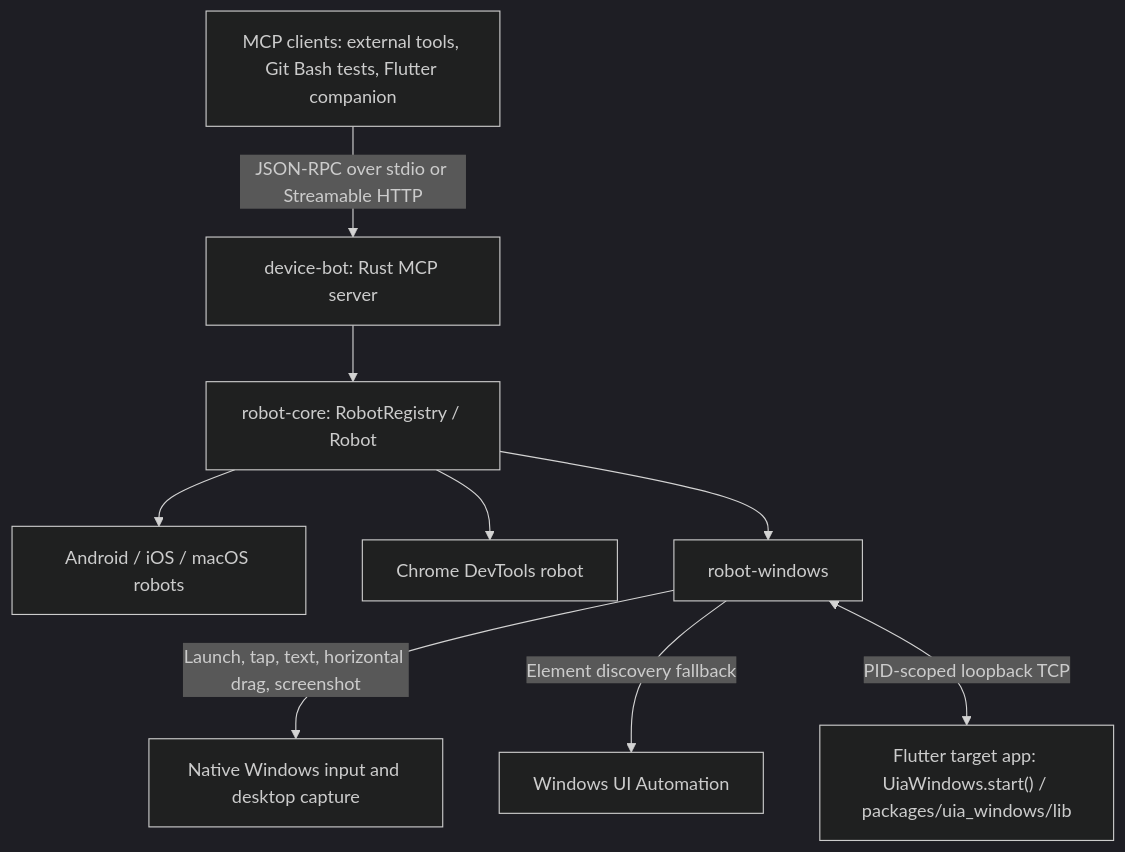
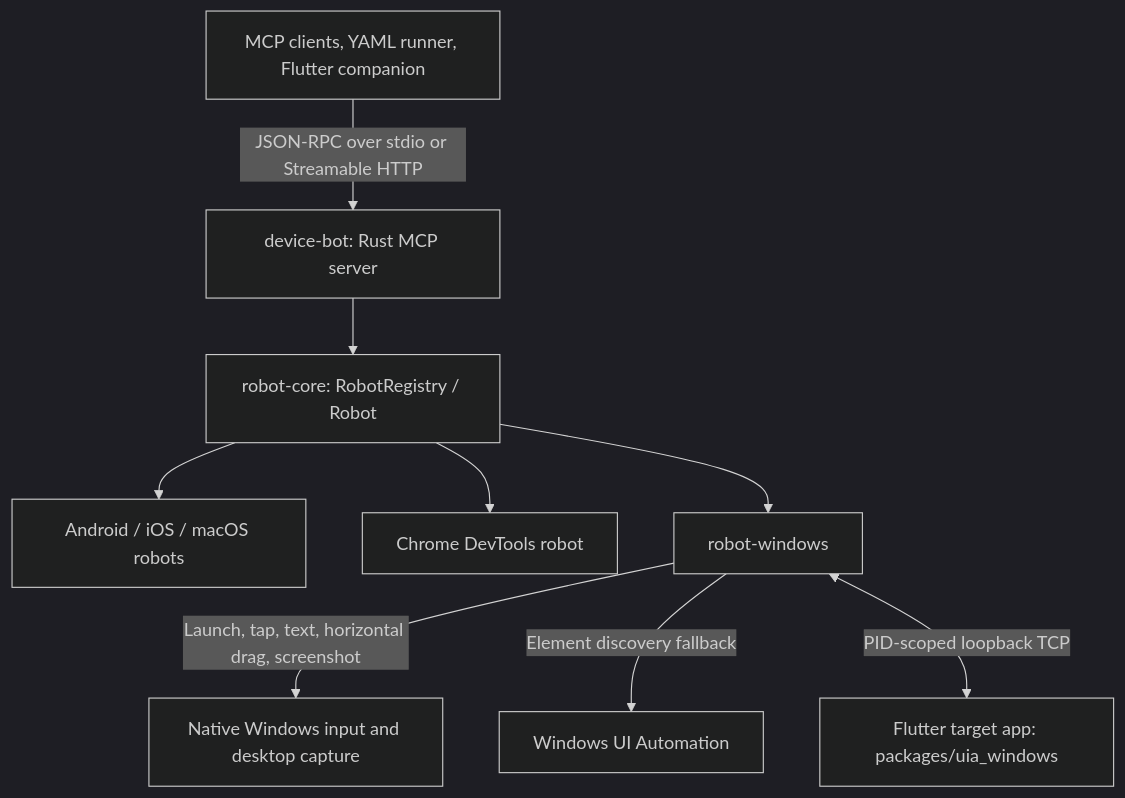
One commit to ho-doan/device-bot changed the diagram in README.md. Above: the diagram before and after it, drawn with Mermaid (dark theme). The commit also changed other lines of this file and 56 other files, not shown here.

````diff
--- a/README.md
+++ b/README.md
@@ -32,12 +53,12 @@
 ```mermaid
 flowchart TD
-    clients["MCP clients: external tools, Git Bash tests, Flutter companion"]
+    clients["MCP clients, YAML runner, Flutter companion"]
     clients -->|"JSON-RPC over stdio or Streamable HTTP"| server["device-bot: Rust MCP server"]
     server --> registry["robot-core: RobotRegistry / Robot"]
     registry --> platforms["Android / iOS / macOS robots"]
     registry --> chrome["Chrome DevTools robot"]
     registry --> windows["robot-windows"]
     windows -->|"Launch, tap, text, horizontal drag, screenshot"| native["Native Windows input and desktop capture"]
     windows -->|"Element discovery fallback"| uia["Windows UI Automation"]
-    windows <-->|"PID-scoped loopback TCP"| flutter["Flutter target app: UiaWindows.start() / packages/uia_windows/lib"]
+    windows <-->|"PID-scoped loopback TCP"| flutter["Flutter target app: packages/uia_windows"]
 ```
````
